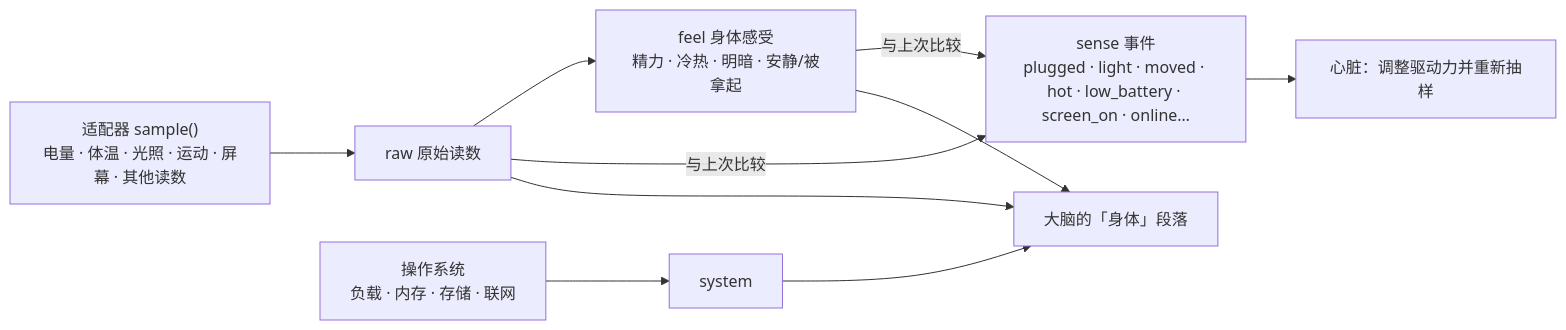
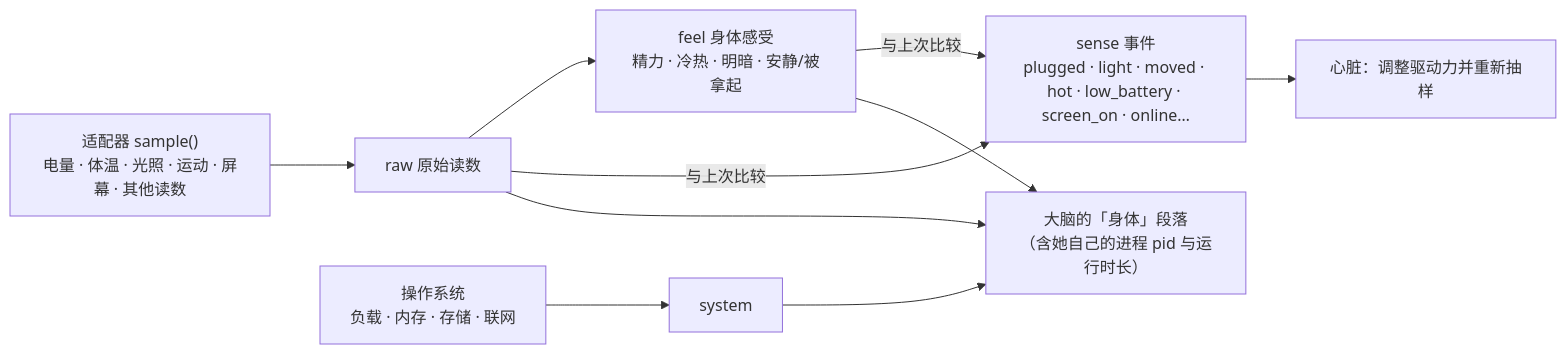
The fifth of 8 diagrams in docs/ARCHITECTURE.md (Causally-XYZ/Project.Quetzal), drawn with Mermaid before and after one commit. The commit also changed other lines of this file and 5 other files, not shown here.

````diff
--- a/docs/ARCHITECTURE.md
+++ b/docs/ARCHITECTURE.md
@@ -125,9 +125,9 @@
 ```mermaid
 flowchart LR
   AD["适配器 sample()<br/>电量 · 体温 · 光照 · 运动 · 屏幕 · 其他读数"] --> RAW[raw 原始读数]
   OS["操作系统<br/>负载 · 内存 · 存储 · 联网"] --> SYS[system]
   RAW --> FEEL["feel 身体感受<br/>精力 · 冷热 · 明暗 · 安静/被拿起"]
   RAW & FEEL -- 与上次比较 --> EV["sense 事件<br/>plugged · light · moved · hot · low_battery · screen_on · online…"]
   EV --> HEART[心脏：调整驱动力并重新抽样]
-  RAW & SYS & FEEL --> PROMPT[大脑的「身体」段落]
+  RAW & SYS & FEEL --> PROMPT["大脑的「身体」段落<br/>（含她自己的进程 pid 与运行时长）"]
 ```
````
